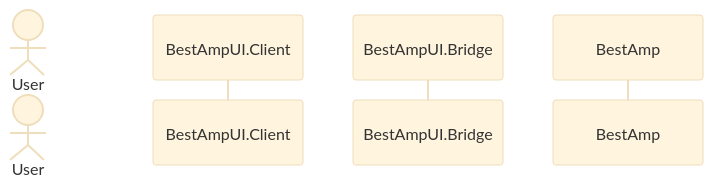
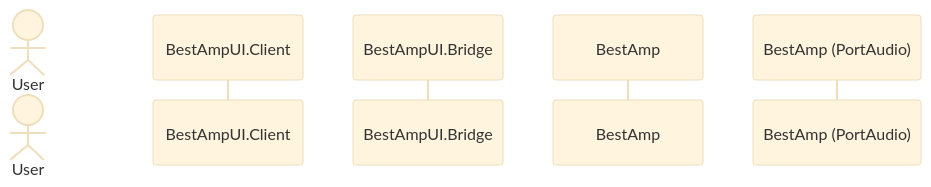
The diagram in docs/ba_query_host_apis_seq.mmd (Even-Better-Software/BestAmp), drawn with Mermaid (base theme) before and after one commit. The commit also changed 1 other file, not shown here.

Commit message:
WO: created the sequence diagrams for the query host APIs & the query devices messages.

```diff
--- a/docs/ba_query_host_apis_seq.mmd
+++ b/docs/ba_query_host_apis_seq.mmd
@@ -1,6 +1,11 @@
 sequenceDiagram
     actor U as User
 
     participant C   as BestAmpUI.Client
     participant B   as BestAmpUI.Bridge
     participant A1  as BestAmp
+    participant A2  as BestAmp (PortAudio)
+
+
+    %% start
+    %% end
```
